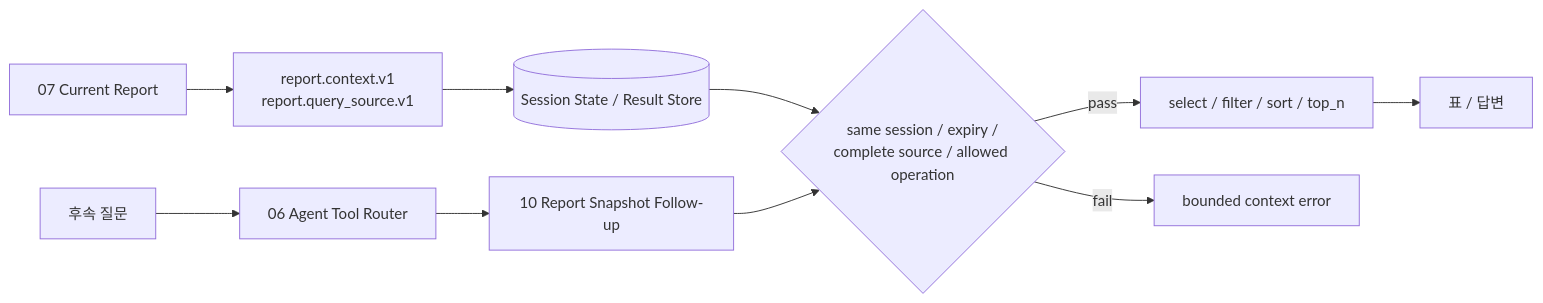
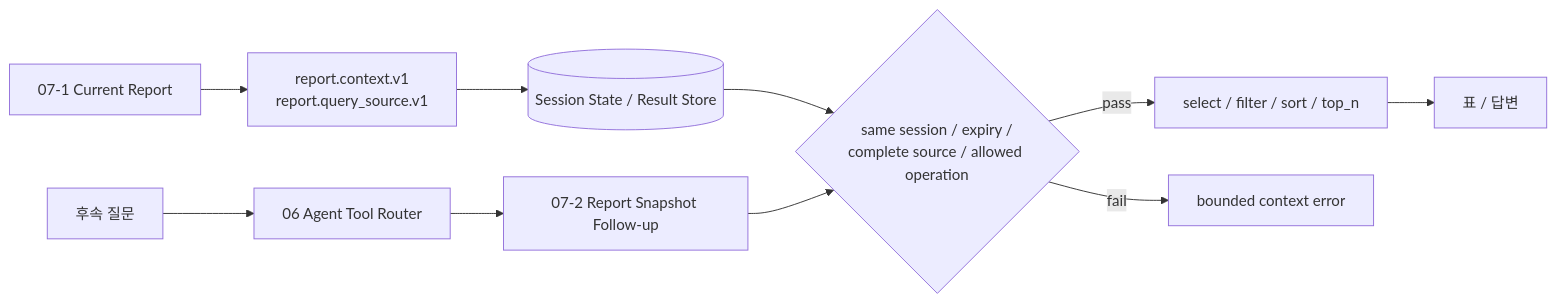
The sixth of 8 diagrams in docs/AGENT_INTRODUCTION_PPT_OUTLINE.md (bongG-moon/metadata_driven_v5), drawn with Mermaid before and after one commit. The commit also changed other lines of this file and 41 other files, not shown here.

````diff
--- a/docs/AGENT_INTRODUCTION_PPT_OUTLINE.md
+++ b/docs/AGENT_INTRODUCTION_PPT_OUTLINE.md
@@ -506,14 +506,14 @@
 ```mermaid
 flowchart LR
-    F07[07 Current Report] --> C[report.context.v1
+    F071[07-1 Current Report] --> C[report.context.v1
 report.query_source.v1]
     C --> RS[(Session State / Result Store)]
     U[후속 질문] --> G[06 Agent Tool Router]
-    G --> F10[10 Report Snapshot Follow-up]
+    G --> F072[07-2 Report Snapshot Follow-up]
     RS --> V{same session / expiry /
 complete source / allowed operation}
-    F10 --> V
+    F072 --> V
     V -->|pass| X[select / filter / sort / top_n]
     V -->|fail| B[bounded context error]
     X --> O[표 / 답변]
 ```
````
